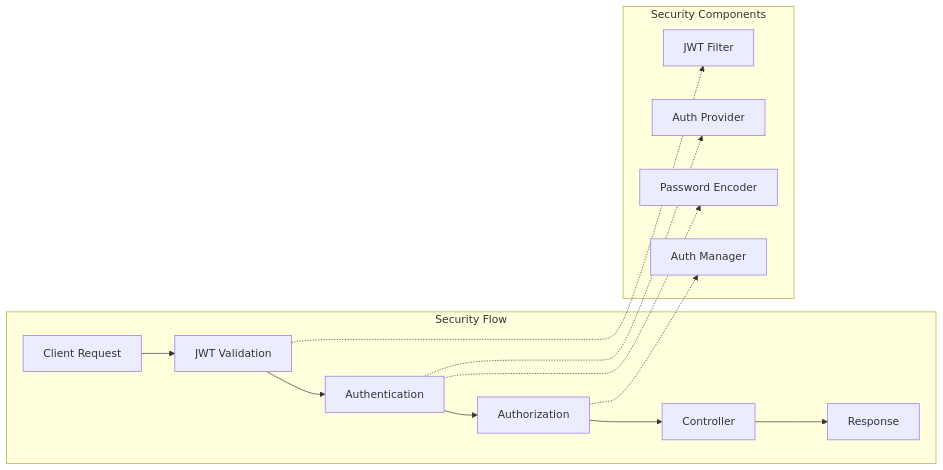
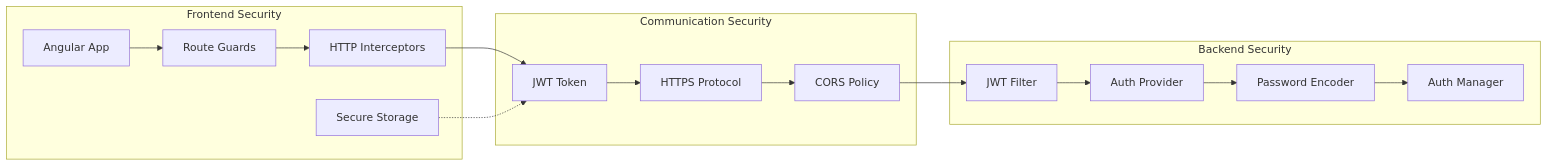
One commit to ENSET-WEB/Web-Project changed the third of 10 diagrams in README.md. Above: the diagram before and after it, drawn with Mermaid. The commit also changed other lines of this file and 18 other files, not shown here.

````diff
--- a/README.md
+++ b/README.md
@@ -130,29 +204,34 @@
 ```mermaid
 graph LR
-    subgraph "Security Flow"
-        REQ[Client Request]
-        JWT[JWT Validation]
-        AUTH[Authentication]
-        AUTHZ[Authorization]
-        CTRL[Controller]
-        RESP[Response]
+    subgraph "Frontend Security"
+        FE[Angular App]
+        FGUARD[Route Guards]
+        FINT[HTTP Interceptors]
+        FSTOR[Secure Storage]
     end
 
-    REQ --> JWT
-    JWT --> AUTH
-    AUTH --> AUTHZ
-    AUTHZ --> CTRL
-    CTRL --> RESP
+    subgraph "Communication Security"
+        HTTPS[HTTPS Protocol]
+        JWT[JWT Token]
+        CORS[CORS Policy]
+    end
 
-    subgraph "Security Components"
+    subgraph "Backend Security"
         FILTER[JWT Filter]
         PROVIDER[Auth Provider]
         ENCODER[Password Encoder]
         MANAGER[Auth Manager]
     end
 
-    JWT -.-> FILTER
-    AUTH -.-> PROVIDER
-    AUTH -.-> ENCODER
-    AUTHZ -.-> MANAGER
+    FE --> FGUARD
+    FGUARD --> FINT
+    FINT --> JWT
+    JWT --> HTTPS
+    HTTPS --> CORS
+    CORS --> FILTER
+    FILTER --> PROVIDER
+    PROVIDER --> ENCODER
+    ENCODER --> MANAGER
+
+    FSTOR -.-> JWT
 ```
````
